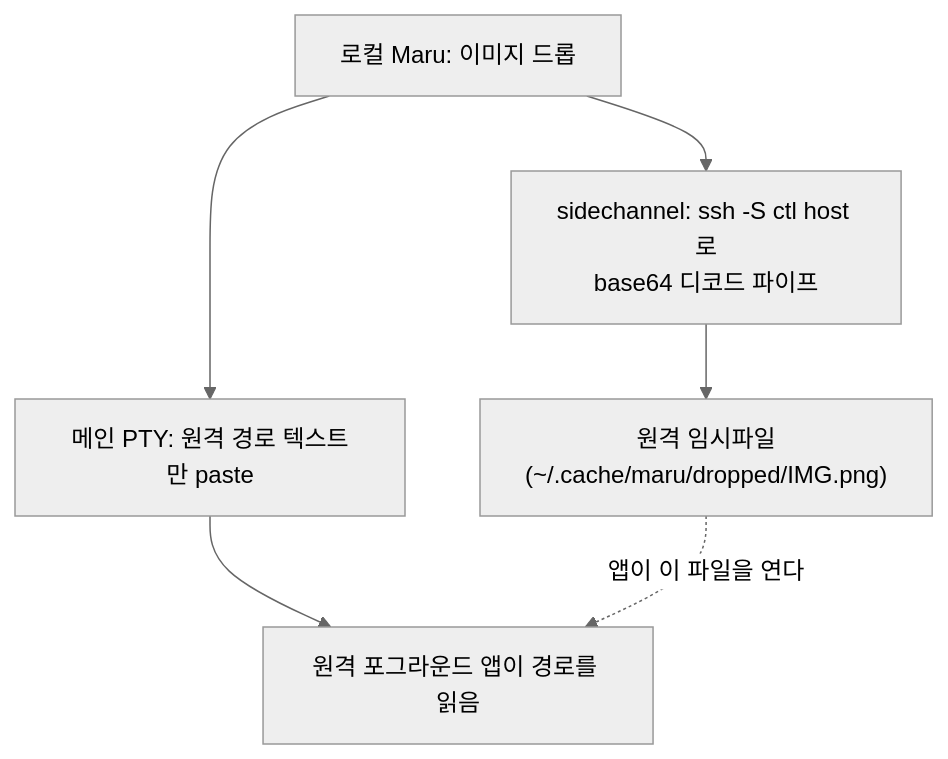
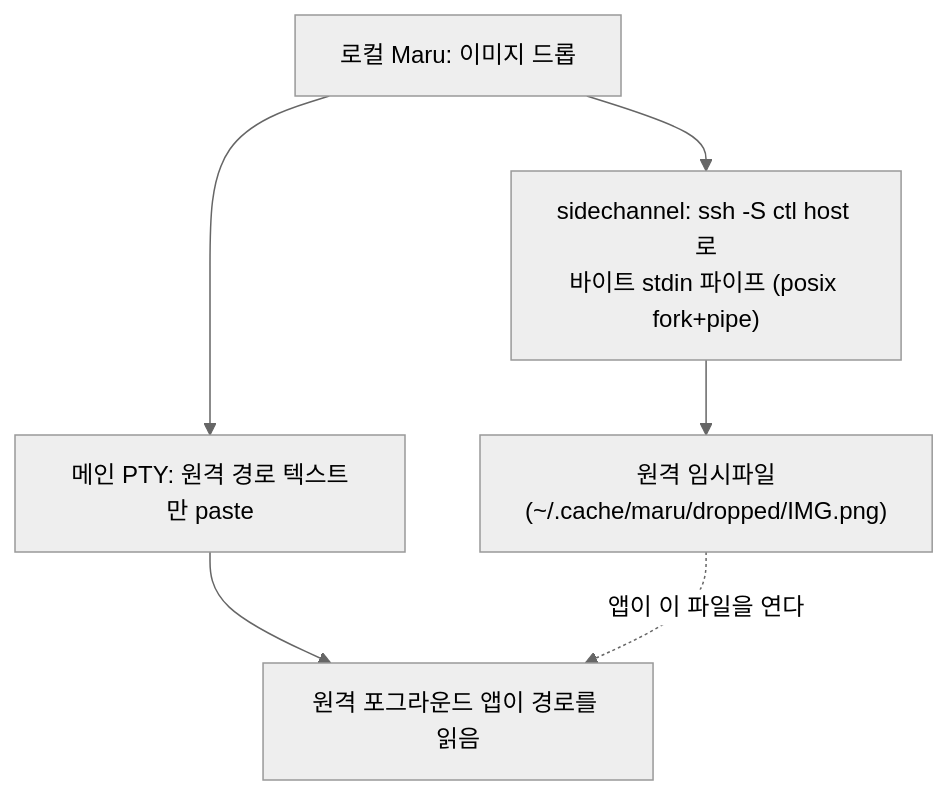
Before and after one commit to ohah/maru: the second of 2 diagrams in docs/ssh-integration.md, drawn with Mermaid (neutral theme). The commit also changed other lines of this file and 4 other files, not shown here.

````diff
--- a/docs/ssh-integration.md
+++ b/docs/ssh-integration.md
@@ -85,13 +85,13 @@
 ```mermaid
 flowchart TD
   Drop["로컬 Maru: 이미지 드롭"]
-  Up["sidechannel: ssh -S ctl host 로<br/>base64 디코드 파이프"]
+  Up["sidechannel: ssh -S ctl host 로<br/>바이트 stdin 파이프 (posix fork+pipe)"]
   Remote["원격 임시파일<br/>(~/.cache/maru/dropped/IMG.png)"]
   Paste["메인 PTY: 원격 경로 텍스트만 paste"]
   App["원격 포그라운드 앱이 경로를 읽음"]
   Drop --> Up
   Up --> Remote
   Drop --> Paste
   Paste --> App
   Remote -. "앱이 이 파일을 연다" .-> App
 ```
````
